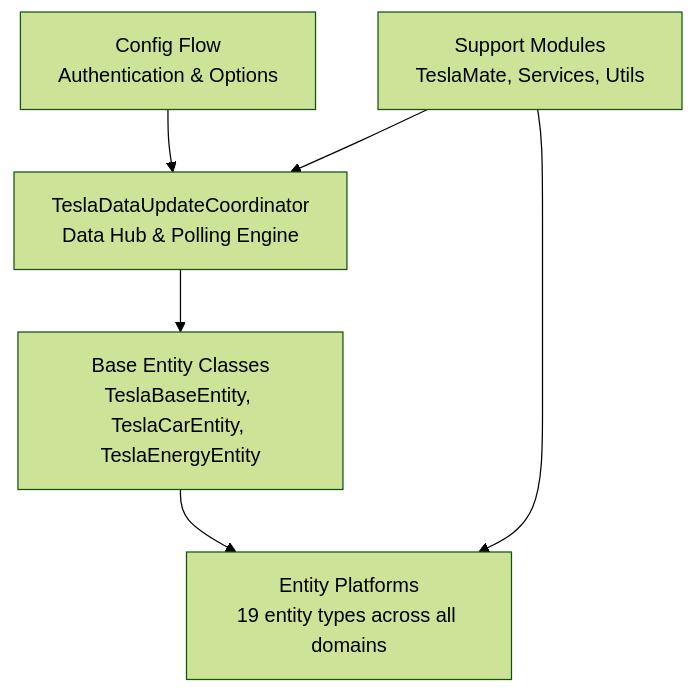
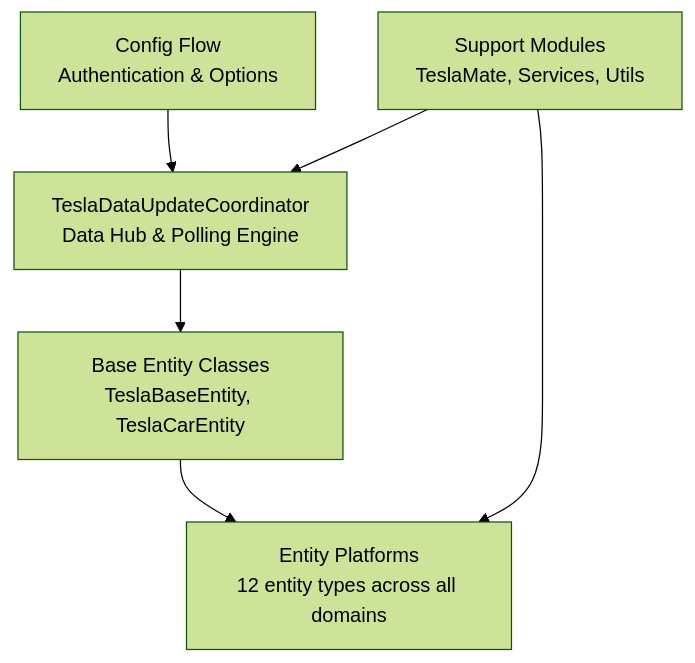
One commit to grzesiek1711/tesla changed the diagram in docs/components.md. Above: the diagram before and after it, drawn with Mermaid (forest theme). The commit also changed other lines of this file and 31 other files, not shown here.

````diff
--- a/docs/components.md
+++ b/docs/components.md
@@ -5,17 +5,17 @@
 ```mermaid
 graph TB
     TDC["TeslaDataUpdateCoordinator<br/>Data Hub & Polling Engine"]
 
-    BASE["Base Entity Classes<br/>TeslaBaseEntity, TeslaCarEntity, TeslaEnergyEntity"]
+    BASE["Base Entity Classes<br/>TeslaBaseEntity, TeslaCarEntity"]
 
     CONFIG["Config Flow<br/>Authentication & Options"]
     SUPPORT["Support Modules<br/>TeslaMate, Services, Utils"]
 
-    ENTITIES["Entity Platforms<br/>19 entity types across all domains"]
+    ENTITIES["Entity Platforms<br/>12 entity types across all domains"]
 
     TDC --> BASE
     BASE --> ENTITIES
     CONFIG --> TDC
     SUPPORT --> TDC
     SUPPORT --> ENTITIES
 ```
````
